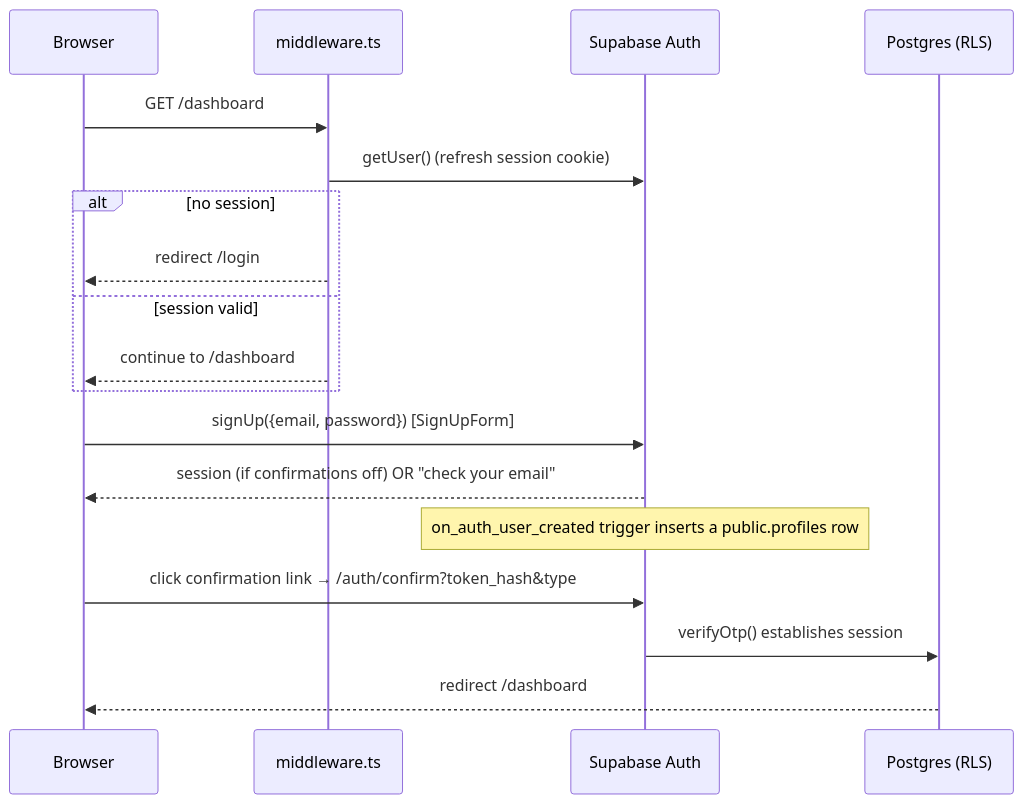
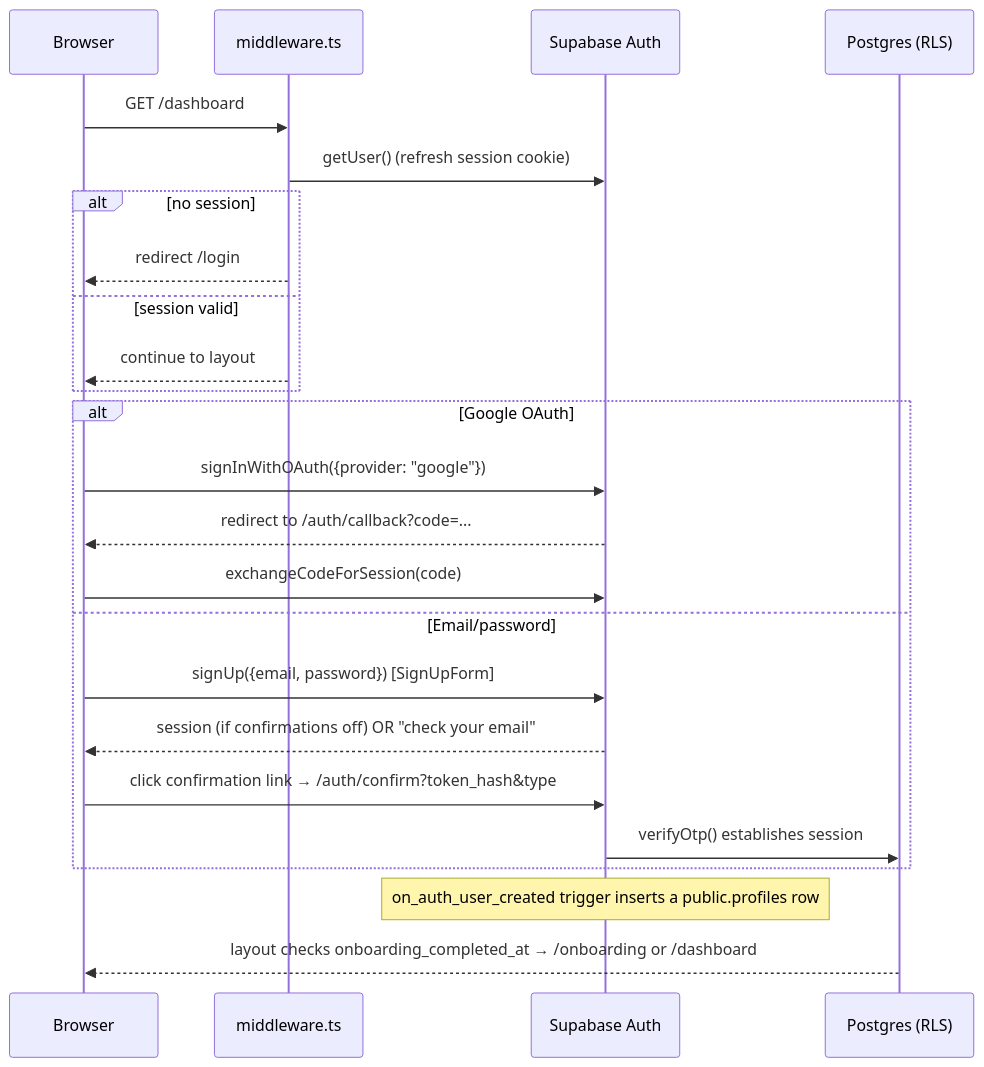
One commit to nabighasafdar/ScholarPath changed the second of 2 diagrams in ARCHITECTURE.md. Above: the diagram before and after it, drawn with Mermaid. The commit also changed other lines of this file and 3 other files, not shown here.

First line of the commit message:
Bring docs up to date with the current dashboard, Composio, and onboarding

````diff
--- a/ARCHITECTURE.md
+++ b/ARCHITECTURE.md
@@ -104,22 +160,28 @@
 ```mermaid
 sequenceDiagram
     participant B as Browser
     participant M as middleware.ts
     participant S as Supabase Auth
     participant P as Postgres (RLS)
 
     B->>M: GET /dashboard
     M->>S: getUser() (refresh session cookie)
     alt no session
         M-->>B: redirect /login
     else session valid
-        M-->>B: continue to /dashboard
+        M-->>B: continue to layout
     end
 
-    B->>S: signUp({email, password}) [SignUpForm]
-    S-->>B: session (if confirmations off) OR "check your email"
+    alt Google OAuth
+        B->>S: signInWithOAuth({provider: "google"})
+        S-->>B: redirect to /auth/callback?code=...
+        B->>S: exchangeCodeForSession(code)
+    else Email/password
+        B->>S: signUp({email, password}) [SignUpForm]
+        S-->>B: session (if confirmations off) OR "check your email"
+        B->>S: click confirmation link → /auth/confirm?token_hash&type
+        S->>P: verifyOtp() establishes session
+    end
     Note over S: on_auth_user_created trigger inserts a public.profiles row
-    B->>S: click confirmation link → /auth/confirm?token_hash&type
-    S->>P: verifyOtp() establishes session
-    P-->>B: redirect /dashboard
+    P-->>B: layout checks onboarding_completed_at → /onboarding or /dashboard
 ```
````
